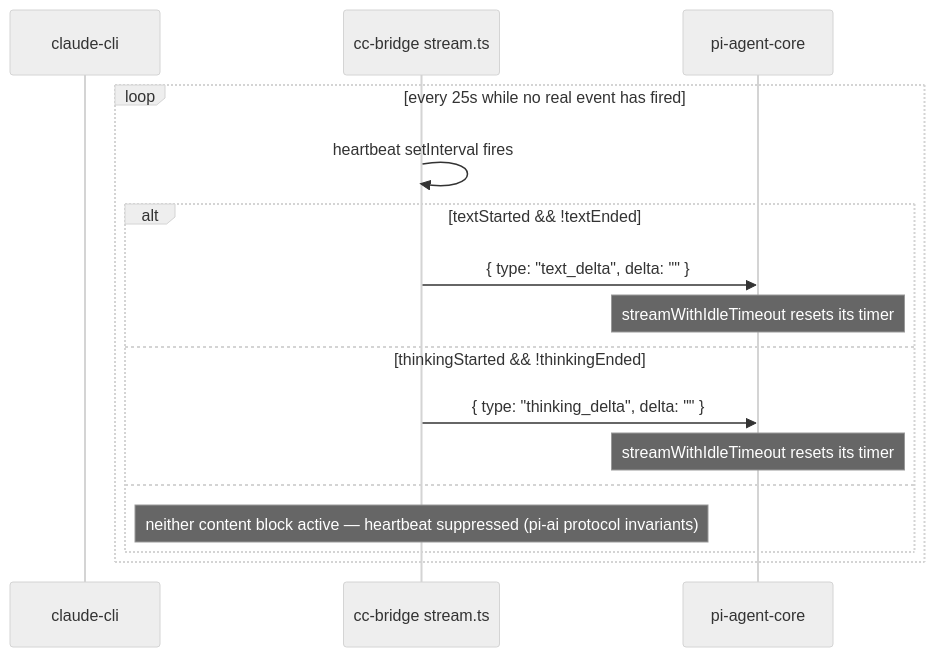
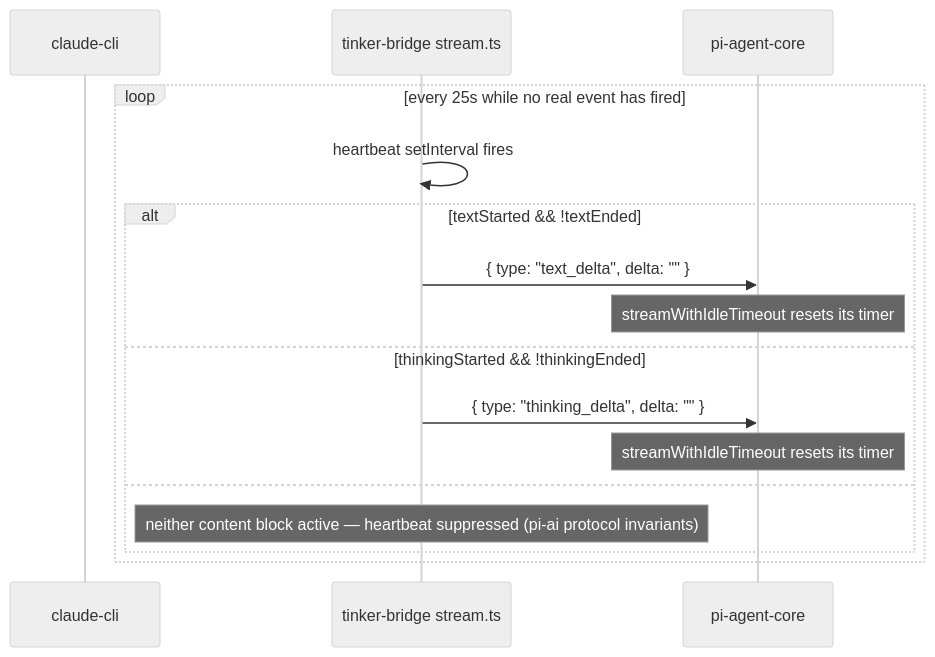
The second of 3 diagrams in TINKER_UI_DESIGN_BIBLE/tool-loop.md (globalcaos/tinkerclaw), drawn with Mermaid (neutral theme) before and after one commit. The commit also changed other lines of this file and 197 other files, not shown here.

````diff
--- a/TINKER_UI_DESIGN_BIBLE/tool-loop.md
+++ b/TINKER_UI_DESIGN_BIBLE/tool-loop.md
@@ -99,19 +105,19 @@
 ```mermaid
 sequenceDiagram
   participant CLI as claude-cli
-  participant CC as cc-bridge stream.ts
+  participant CC as tinker-bridge stream.ts
   participant PI as pi-agent-core
 
   loop every 25s while no real event has fired
     CC->>CC: heartbeat setInterval fires
     alt textStarted && !textEnded
       CC->>PI: { type: "text_delta", delta: "" }
       Note over PI: streamWithIdleTimeout resets its timer
     else thinkingStarted && !thinkingEnded
       CC->>PI: { type: "thinking_delta", delta: "" }
       Note over PI: streamWithIdleTimeout resets its timer
     else
       Note over CC: neither content block active — heartbeat suppressed (pi-ai protocol invariants)
     end
   end
 ```
````
